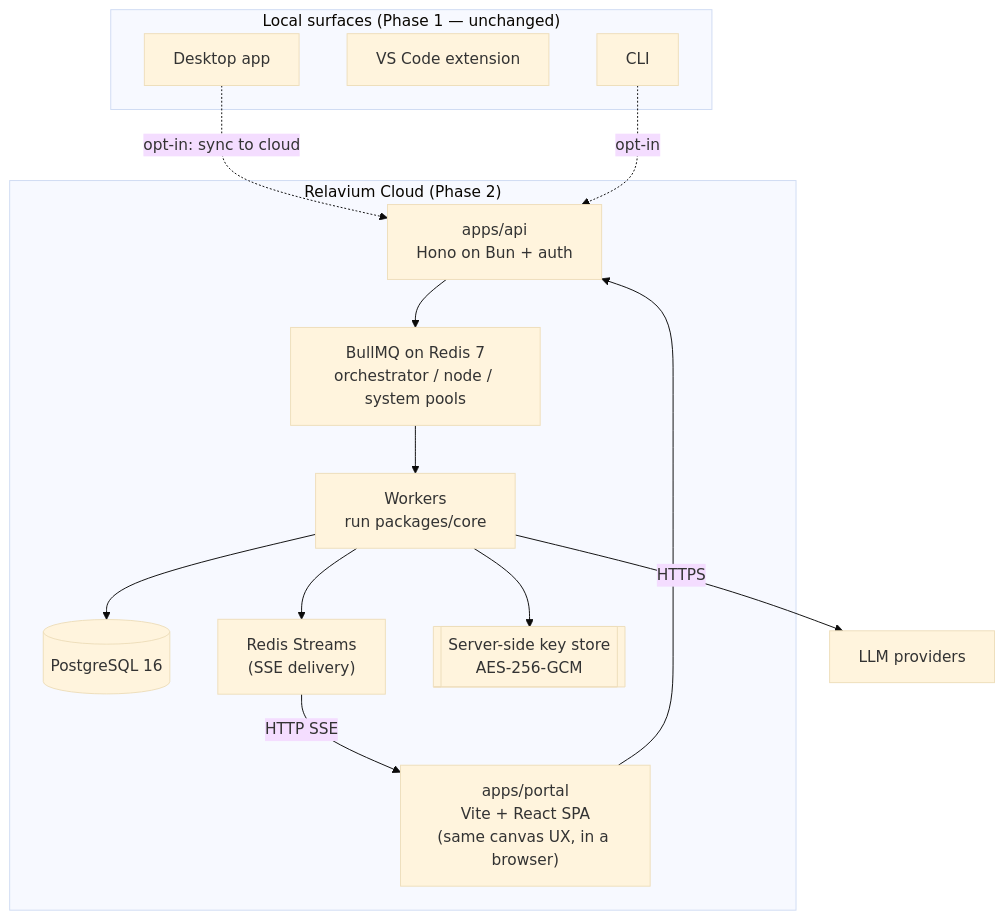
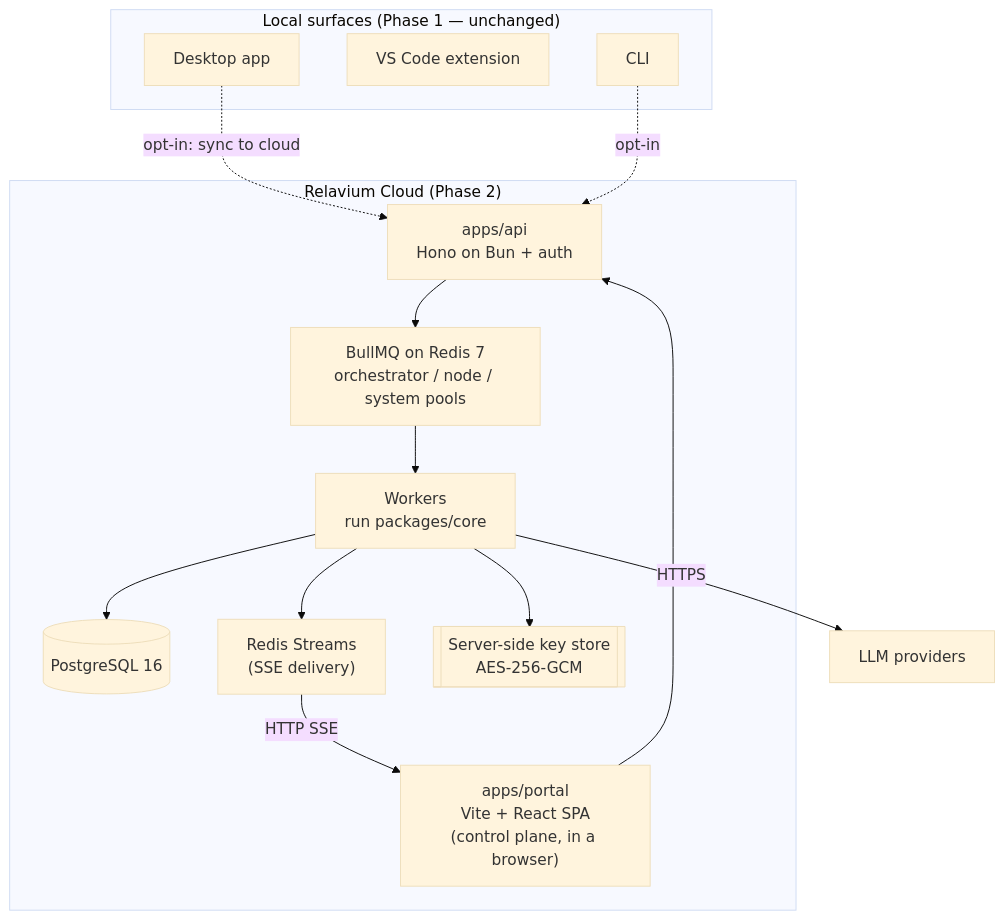
The diagram in docs/architecture/cloud-phase-2.md (HodeTech/Relavium), drawn with Mermaid (base theme) before and after one commit. The commit also changed other lines of this file and 38 other files, not shown here.

````diff
--- a/docs/architecture/cloud-phase-2.md
+++ b/docs/architecture/cloud-phase-2.md
@@ -28,29 +28,29 @@
 ```mermaid
 flowchart TB
     subgraph Local["Local surfaces (Phase 1 — unchanged)"]
         Desktop["Desktop app"]
         VSCode["VS Code extension"]
         CLI["CLI"]
     end
     subgraph Cloud["Relavium Cloud (Phase 2)"]
-        Portal["apps/portal<br/>Vite + React SPA<br/>(same canvas UX, in a browser)"]
+        Portal["apps/portal<br/>Vite + React SPA<br/>(control plane, in a browser)"]
         API["apps/api<br/>Hono on Bun + auth"]
         Queue["BullMQ on Redis 7<br/>orchestrator / node / system pools"]
         Workers["Workers<br/>run packages/core"]
         PG[("PostgreSQL 16")]
         Streams["Redis Streams<br/>(SSE delivery)"]
         Secrets[["Server-side key store<br/>AES-256-GCM"]]
     end
     Providers["LLM providers"]
 
     Desktop -. "opt-in: sync to cloud" .-> API
     CLI -. "opt-in" .-> API
     Portal --> API
     API --> Queue
     Queue --> Workers
     Workers --> PG
     Workers --> Streams
     Workers --> Secrets
     Streams -->|HTTP SSE| Portal
     Workers -->|HTTPS| Providers
 ```
````
